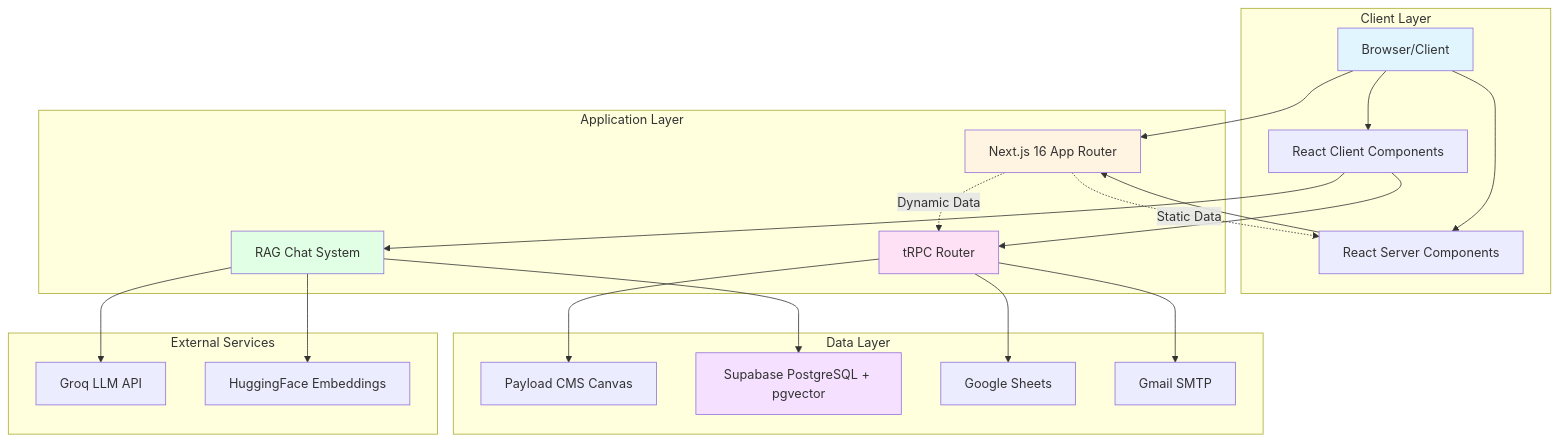
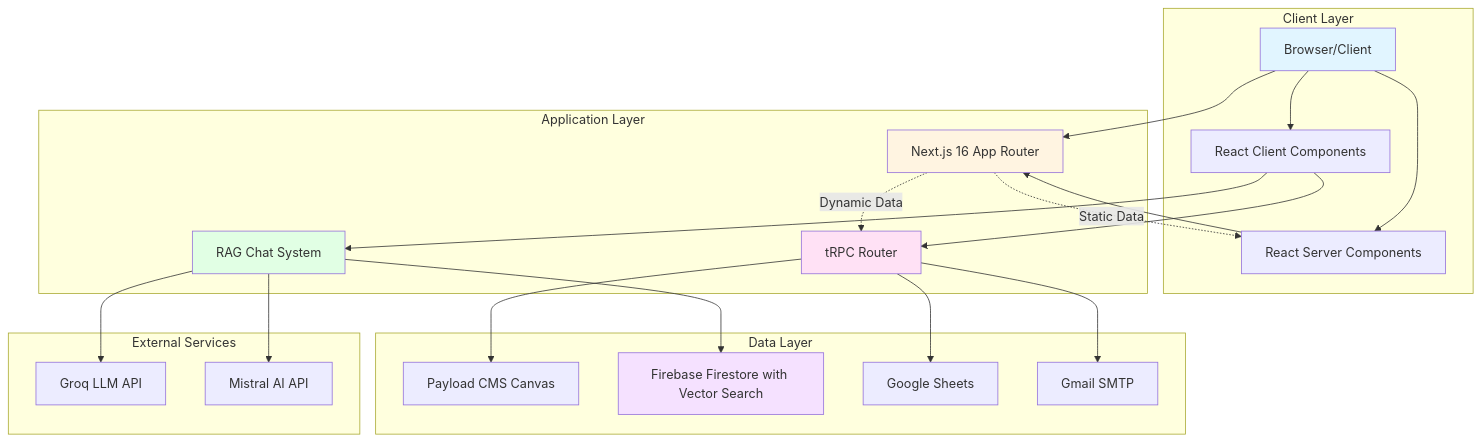
Before and after one commit to ossaidqadri/otherdev.web-02: the first of 11 diagrams in web/docs/ARCHITECTURE.md, drawn with Mermaid. The commit also changed other lines of this file and 4 other files, not shown here.

````diff
--- a/web/docs/ARCHITECTURE.md
+++ b/web/docs/ARCHITECTURE.md
@@ -34,51 +34,51 @@
 ```mermaid
 graph TB
     subgraph "Client Layer"
         Browser[Browser/Client]
         RSC[React Server Components]
         RCC[React Client Components]
     end
 
     subgraph "Application Layer"
         NextJS[Next.js 16 App Router]
         tRPC[tRPC Router]
         RAG[RAG Chat System]
     end
 
     subgraph "Data Layer"
         Payload[Payload CMS Canvas]
-        Supabase[Supabase PostgreSQL + pgvector]
+        Firebase[Firebase Firestore with Vector Search]
         Sheets[Google Sheets]
         Gmail[Gmail SMTP]
     end
 
     subgraph "External Services"
         Groq[Groq LLM API]
-        HF[HuggingFace Embeddings]
+        Mistral[Mistral AI API]
     end
 
     Browser --> NextJS
     Browser --> RSC
     Browser --> RCC
 
     RSC --> NextJS
     RCC --> tRPC
     RCC --> RAG
 
     tRPC --> Payload
     tRPC --> Sheets
     tRPC --> Gmail
 
     RAG --> Groq
-    RAG --> Supabase
-    RAG --> HF
+    RAG --> Mistral
+    RAG --> Firebase
 
     NextJS -.Dynamic Data.-> tRPC
     NextJS -.Static Data.-> RSC
 
     style Browser fill:#e1f5ff
     style NextJS fill:#fff4e1
     style tRPC fill:#ffe1f5
     style RAG fill:#e1ffe4
-    style Supabase fill:#f5e1ff
+    style Firebase fill:#f5e1ff
 ```
````
